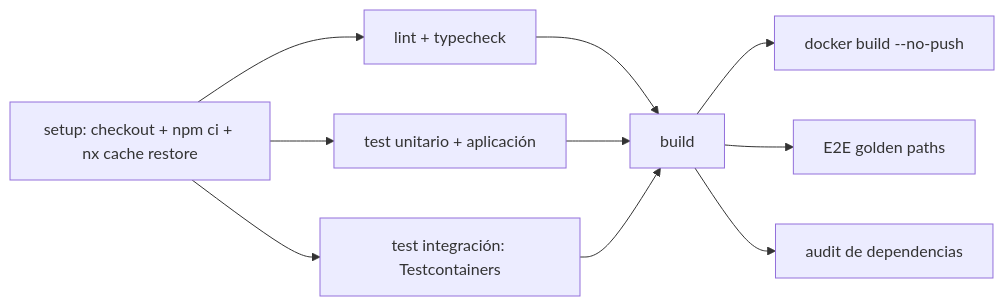
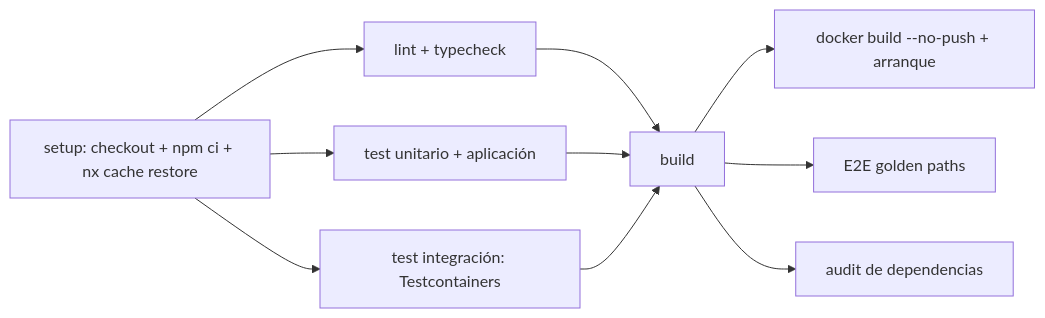
Before and after one commit to hilarionht/renta-cars: the diagram in docs/engineering/05-CI-CD.md, drawn with Mermaid. The commit also changed other lines of this file and 3 other files, not shown here.

Commit message:
docs: decision 157 (docker-validate arranca la imagen)

````diff
--- a/docs/engineering/05-CI-CD.md
+++ b/docs/engineering/05-CI-CD.md
@@ -17,12 +17,12 @@
 ```mermaid
 graph LR
     Setup[setup: checkout + npm ci + nx cache restore] --> LintType[lint + typecheck]
     Setup --> UnitApp[test unitario + aplicación]
     Setup --> Integration[test integración: Testcontainers]
     LintType --> Build[build]
     UnitApp --> Build
     Integration --> Build
-    Build --> DockerValidate[docker build --no-push]
+    Build --> DockerValidate[docker build --no-push + arranque]
     Build --> E2E[E2E golden paths]
     Build --> Audit[audit de dependencias]
 ```
````
